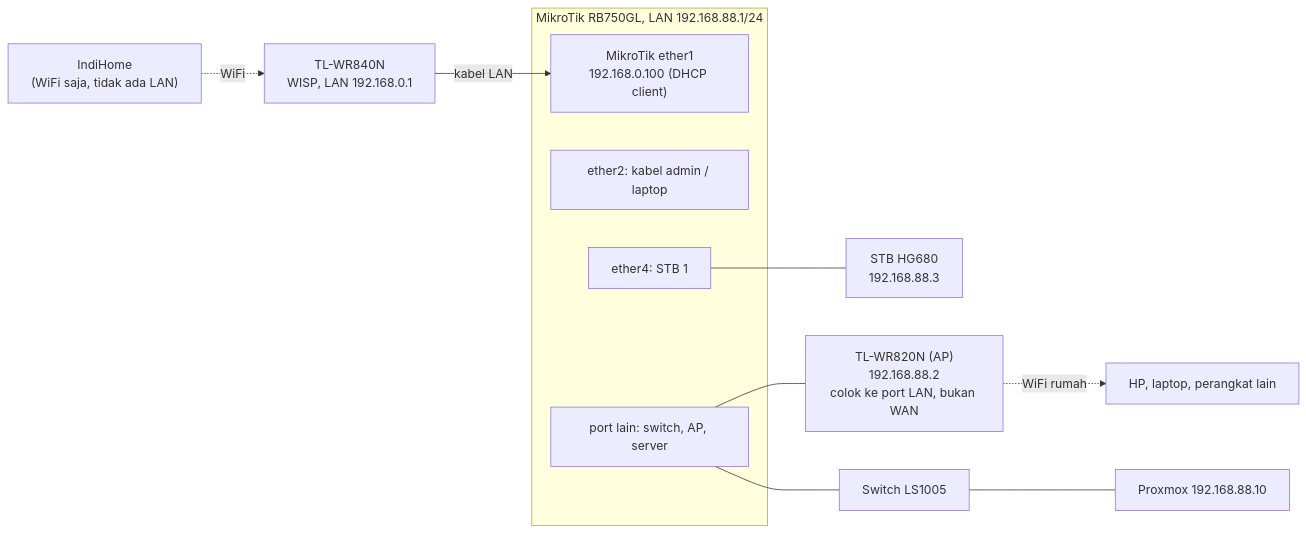
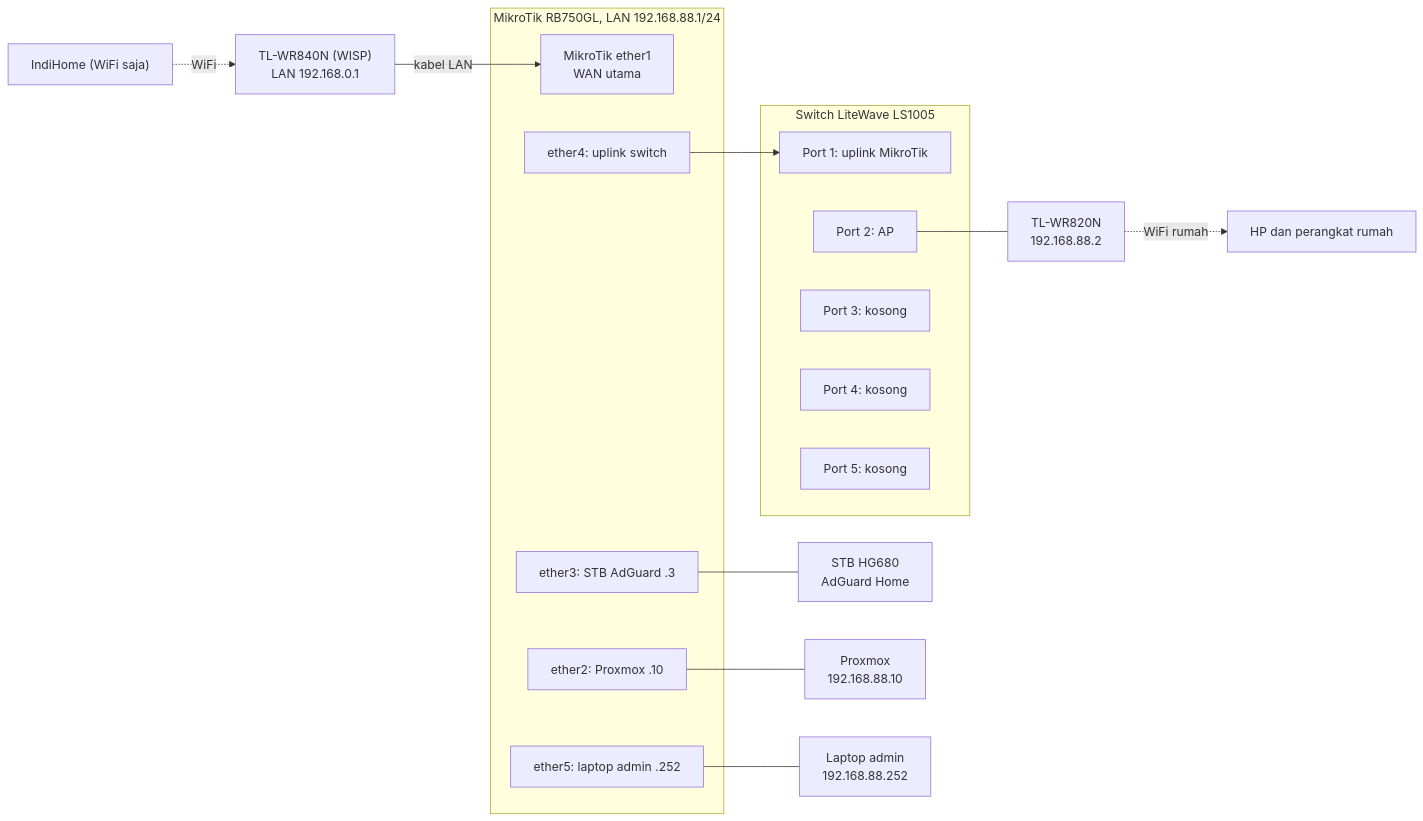
The first of 8 diagrams in docs/02-rangkaian-koneksi.md (midnightcodeprotocol-corporation/home-server-lab), drawn with Mermaid before and after one commit. The commit also changed other lines of this file and 6 other files, not shown here.

Commit message:
docs: catat susunan port jaringan rumah

````diff
--- a/docs/02-rangkaian-koneksi.md
+++ b/docs/02-rangkaian-koneksi.md
@@ -7,16 +7,25 @@
 ```mermaid
 flowchart LR
-  ISP["IndiHome<br/>(WiFi saja, tidak ada LAN)"] -. "WiFi" .-> WR840["TL-WR840N<br/>WISP, LAN 192.168.0.1"]
-  WR840 -- "kabel LAN" --> E1["MikroTik ether1<br/>192.168.0.100 (DHCP client)"]
+  ISP["IndiHome (WiFi saja)"] -. WiFi .-> WR840["TL-WR840N (WISP)<br/>LAN 192.168.0.1"]
+  WR840 -- "kabel LAN" --> E1["MikroTik ether1<br/>WAN utama"]
   subgraph MT["MikroTik RB750GL, LAN 192.168.88.1/24"]
     E1
-    E2["ether2: kabel admin / laptop"]
-    E4["ether4: STB 1"]
-    EX["port lain: switch, AP, server"]
+    E2["ether2: Proxmox .10"]
+    E3["ether3: STB AdGuard .3"]
+    E4["ether4: uplink switch"]
+    E5["ether5: laptop admin .252"]
   end
-  E4 --- STB1["STB HG680<br/>192.168.88.3"]
-  EX --- AP["TL-WR820N (AP)<br/>192.168.88.2<br/>colok ke port LAN, bukan WAN"]
-  EX --- SW["Switch LS1005"]
-  SW --- PVE["Proxmox 192.168.88.10"]
-  AP -. "WiFi rumah" .-> CL["HP, laptop, perangkat lain"]
+  E3 --- STB["STB HG680<br/>AdGuard Home"]
+  E4 --> SW1
+  subgraph SW["Switch LiteWave LS1005"]
+    SW1["Port 1: uplink MikroTik"]
+    SW2["Port 2: AP"]
+    SW3["Port 3: kosong"]
+    SW4["Port 4: kosong"]
+    SW5["Port 5: kosong"]
+  end
+  SW2 --- AP["TL-WR820N<br/>192.168.88.2"]
+  AP -. "WiFi rumah" .-> CL["HP dan perangkat rumah"]
+  E2 --- PVE["Proxmox<br/>192.168.88.10"]
+  E5 --- LAP["Laptop admin<br/>192.168.88.252"]
 ```
````
